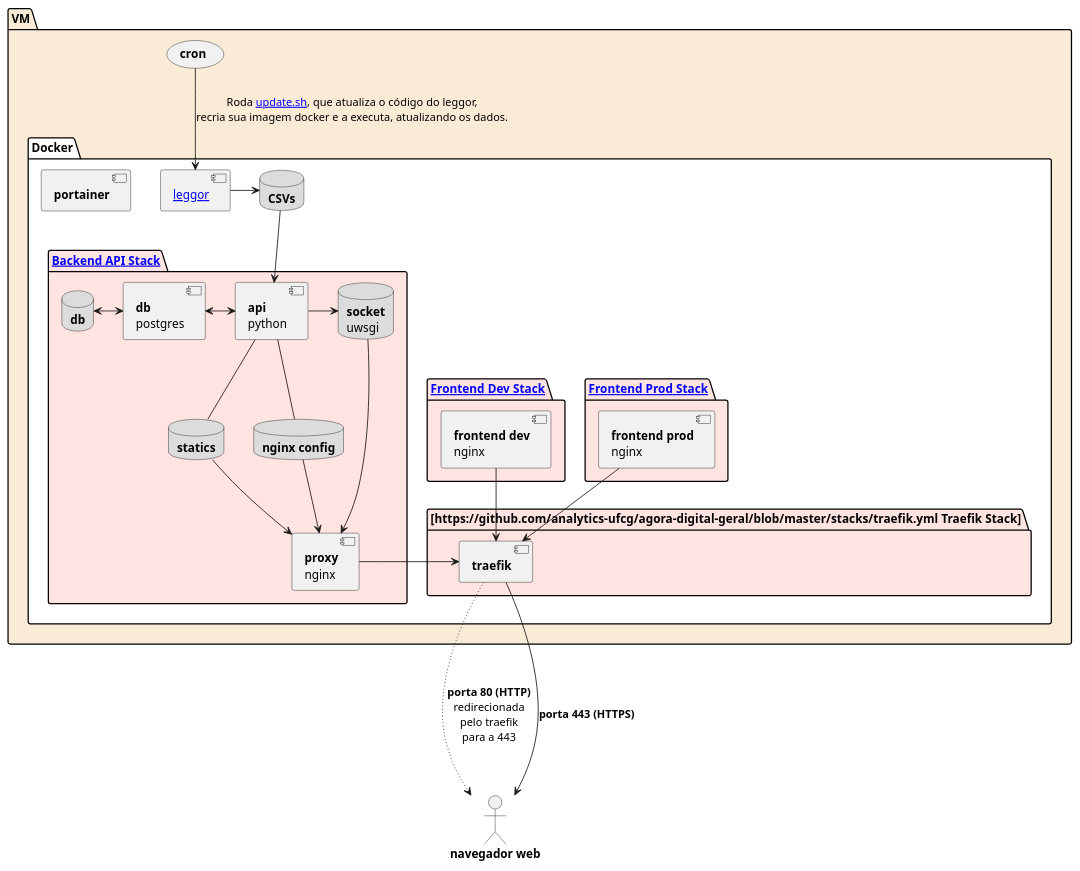
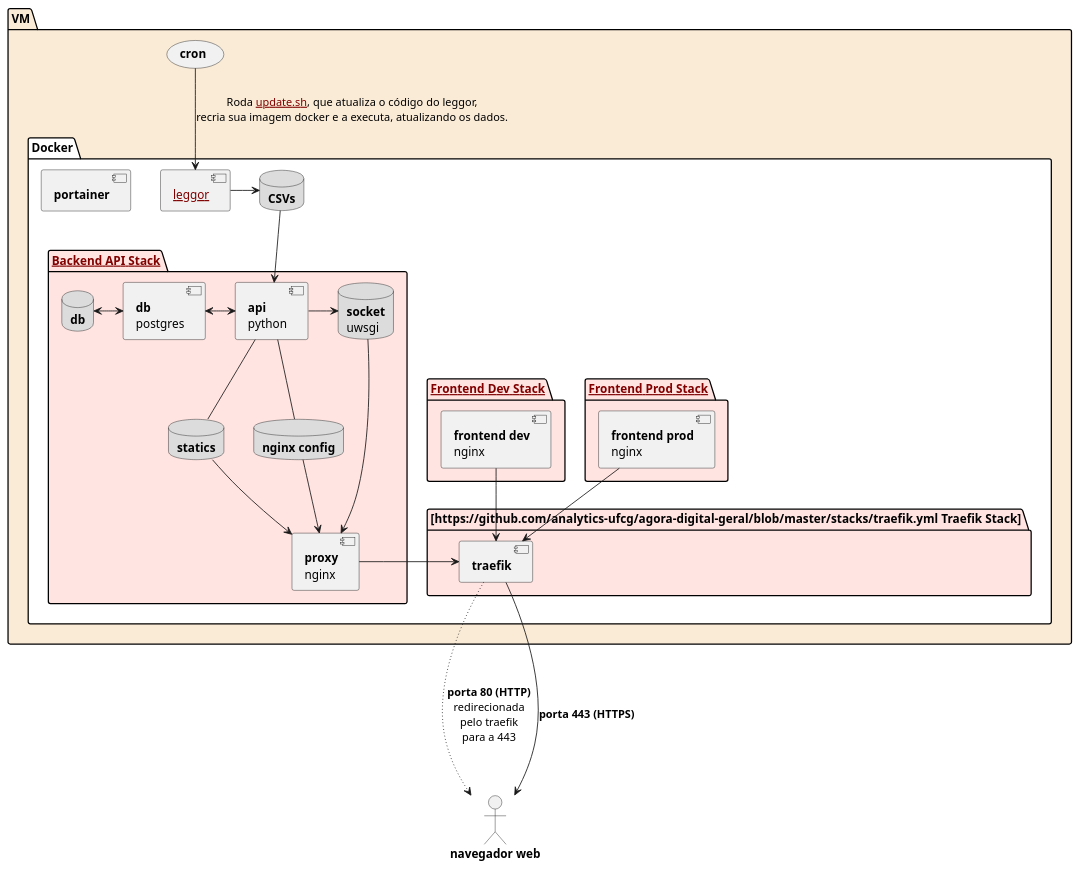
The diagram in diagrama.puml (parlametria/leggo-geral), drawn with PlantUML before and after one commit. The commit also changed 1 other file, not shown here.

```diff
--- a/diagrama.puml
+++ b/diagrama.puml
@@ -16,54 +16,58 @@
 @startuml
 
 skinparam componentStyle uml2
 
 skinparam database {
   BackgroundColor gainsboro
+}
+
+skinparam hyperlink {
+  Color maroon
 }
 
 package "VM" #antiquewhite {
   (**cron**) as cron
   package "Docker" as docker_front #white {
     package "[[https://github.com/analytics-ufcg/agora-digital-geral/blob/master/stacks/traefik.yml Traefik Stack]]" #mistyrose {
       [**traefik**] as traefik
     }
     [**portainer**] as portainer
     component "[[https://github.com/analytics-ufcg/leggoR leggor]]" as leggor
     package "[[https://github.com/analytics-ufcg/agora-digital-geral/blob/master/stacks/frontend-production.yml Frontend Prod Stack]]" as frontprodser #mistyrose {
       [**frontend prod**\nnginx] as frontend_prod
     }
     package "[[https://github.com/analytics-ufcg/agora-digital-geral/blob/master/stacks/frontend-development.yml Frontend Dev Stack]]" as frontdevser #mistyrose {
       [**frontend dev**\nnginx] as frontend_dev
     }
     package "[[https://github.com/analytics-ufcg/agora-digital-geral/blob/master/stacks/backend.yml Backend API Stack]]" as backser #mistyrose {
       [**proxy**\nnginx] as backproxy
       [**api**\npython] as api
       [**db**\npostgres] as db
     database "**statics**" as statics_vol
     database "**socket**\nuwsgi" as socket_vol
     database "**nginx config**" as nginx_config_vol
     database "**db**" as db_vol
     }
     database "**CSVs**" as csvs
   }
 }
 "**navegador web**" as navegador
 
 cron --> leggor : Roda [[https://github.com/analytics-ufcg/leggo-geral/blob/master/update.sh update.sh]], que atualiza o código do leggor,\nrecria sua imagem docker e a executa, atualizando os dados.
 leggor -> csvs
 csvs --> api
 db <-> api
 db_vol <-> db
 backproxy -> traefik
 frontend_dev --> traefik
 frontend_prod --> traefik
 traefik ~~~> navegador : "**porta 80 (HTTP)**\nredirecionada\npelo traefik\npara a 443"
 traefik ---> navegador : "**porta 443 (HTTPS)**"
 api -- statics_vol
 statics_vol --> backproxy
 api ->socket_vol
 socket_vol ---> backproxy
 nginx_config_vol -u- api
 nginx_config_vol --> backproxy
 
 @enduml
```
